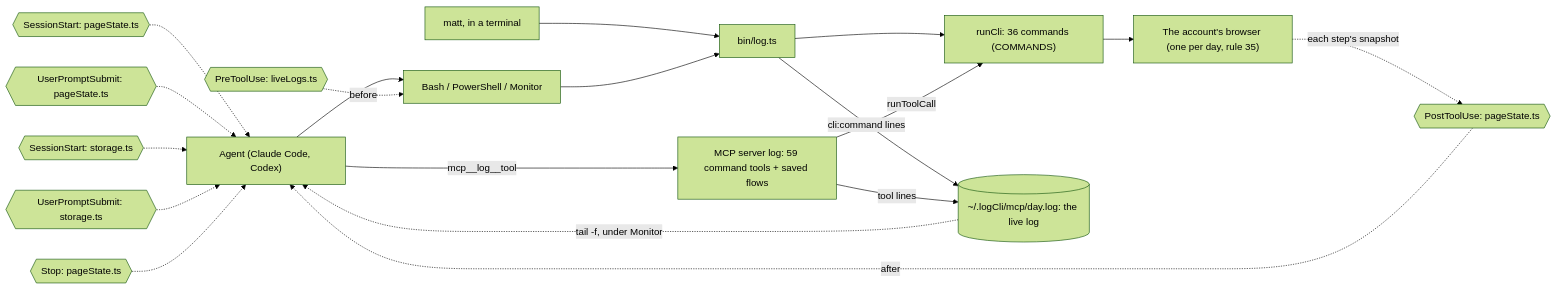
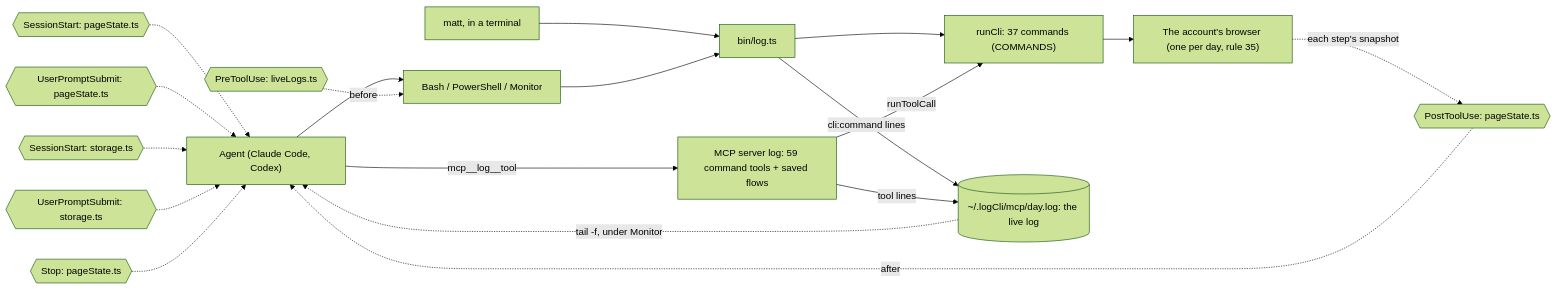
One commit to matthewdonsemail-lab/log changed the diagram in docs/diagrams/surface.mmd. Above: the diagram before and after it, drawn with Mermaid (forest theme). The commit also changed 19 other files, not shown here.

```diff
--- a/docs/diagrams/surface.mmd
+++ b/docs/diagrams/surface.mmd
@@ -1,29 +1,29 @@
 %% How a call reaches log-cli. From a shell or over MCP, both run the same commands through `runCli`, write the same live log, and pass through the same hooks.
 %% Written by `bun run docs:build` from the code (rule 56). Not edited by hand.
 flowchart LR
   agent["Agent (Claude Code, Codex)"]
   matt["matt, in a terminal"]
   shell["Bash / PowerShell / Monitor"]
   mcp["MCP server log: 59 command tools + saved flows"]
   bin["bin/log.ts"]
-  runCli["runCli: 36 commands (COMMANDS)"]
+  runCli["runCli: 37 commands (COMMANDS)"]
   live[("~/.logCli/mcp/day.log: the live log")]
   browser["The account's browser (one per day, rule 35)"]
   agent --> shell
   matt --> bin
   shell --> bin
   agent -->|mcp__log__tool| mcp
   bin --> runCli
   mcp -->|runToolCall| runCli
   runCli --> browser
   bin -->|cli:command lines| live
   mcp -->|tool lines| live
   live -.->|tail -f, under Monitor| agent
   pre0{{"PreToolUse: liveLogs.ts"}} -.->|before| shell
   post0{{"PostToolUse: pageState.ts"}} -.->|after| agent
   turn0{{"SessionStart: pageState.ts"}} -.-> agent
   turn1{{"UserPromptSubmit: pageState.ts"}} -.-> agent
   turn2{{"SessionStart: storage.ts"}} -.-> agent
   turn3{{"UserPromptSubmit: storage.ts"}} -.-> agent
   turn4{{"Stop: pageState.ts"}} -.-> agent
   browser -.->|each step's snapshot| post0
```
